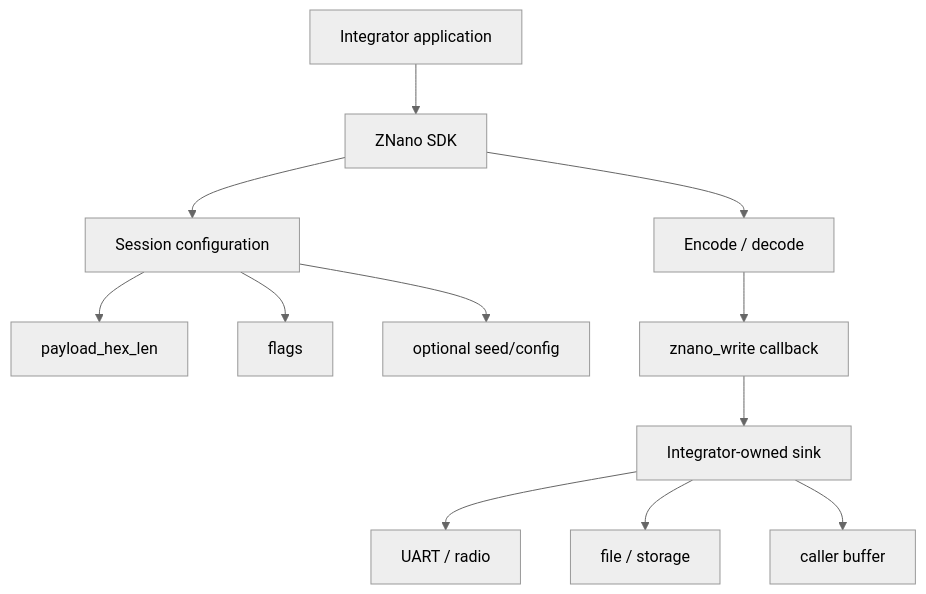
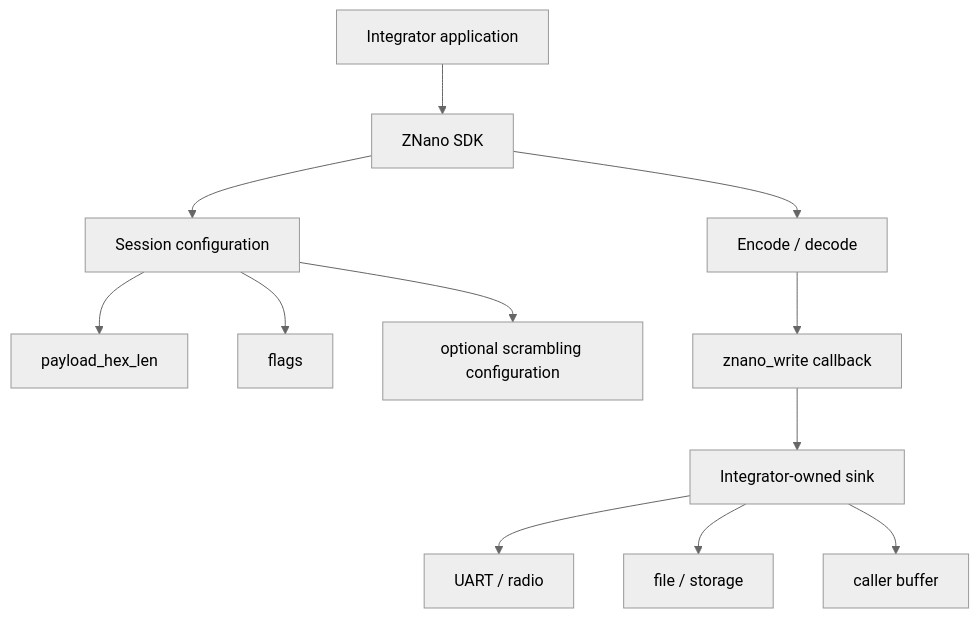
The second of 4 diagrams in docs/ARCHITECTURE.md (Zetako-Compression-Lab/nanoV3), drawn with Mermaid (neutral theme) before and after one commit. The commit also changed other lines of this file, not shown here.

````diff
--- a/docs/ARCHITECTURE.md
+++ b/docs/ARCHITECTURE.md
@@ -19,14 +19,14 @@
 ```mermaid
 flowchart TD
     A[Integrator application] --> B[ZNano SDK]
     B --> C[Session configuration]
     C --> C1[payload_hex_len]
     C --> C2[flags]
-    C --> C3[optional seed/config]
+    C --> C3[optional scrambling configuration]
     B --> D[Encode / decode]
     D --> E[znano_write callback]
     E --> F[Integrator-owned sink]
     F --> F1[UART / radio]
     F --> F2[file / storage]
     F --> F3[caller buffer]
 ```
````
